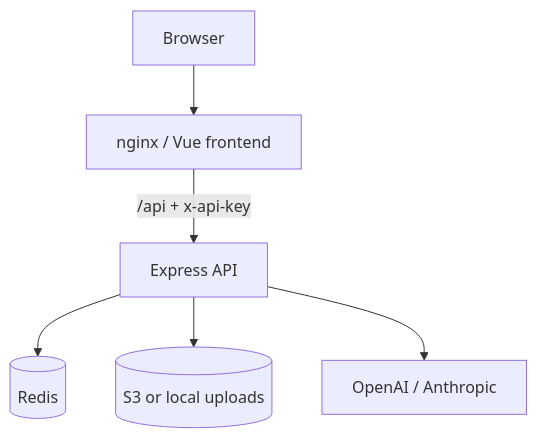
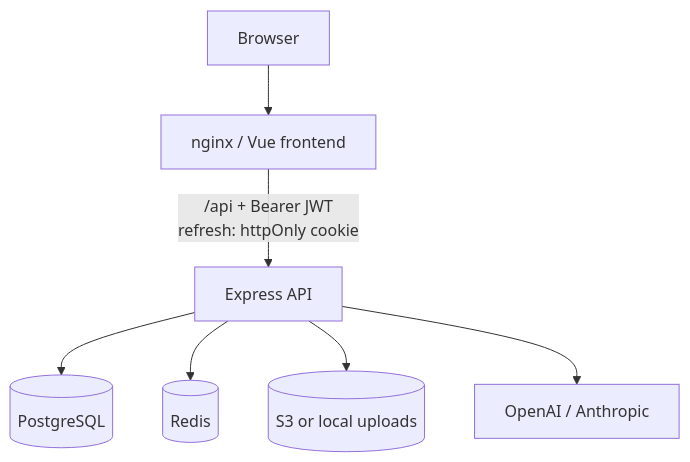
One commit to bialasq/opus-sales-app changed the first of 2 diagrams in docs/architecture.md. Above: the diagram before and after it, drawn with Mermaid. The commit also changed other lines of this file and 2 other files, not shown here.

First line of the commit message:
docs: align SECURITY.md and architecture with JWT+cookie auth model

````diff
--- a/docs/architecture.md
+++ b/docs/architecture.md
@@ -5,15 +5,17 @@
 ```mermaid
 flowchart TB
   Browser[Browser]
   FE[nginx / Vue frontend]
   BE[Express API]
+  PG[(PostgreSQL)]
   Redis[(Redis)]
   Store[(S3 or local uploads)]
   LLM[OpenAI / Anthropic]
 
   Browser --> FE
-  FE -->|/api + x-api-key| BE
+  FE -->|/api + Bearer JWT<br/>refresh: httpOnly cookie| BE
+  BE --> PG
   BE --> Redis
   BE --> Store
   BE --> LLM
 ```
````
